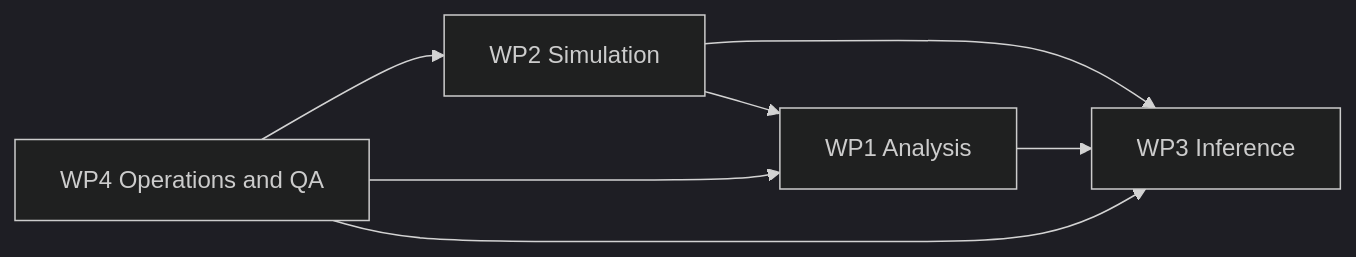
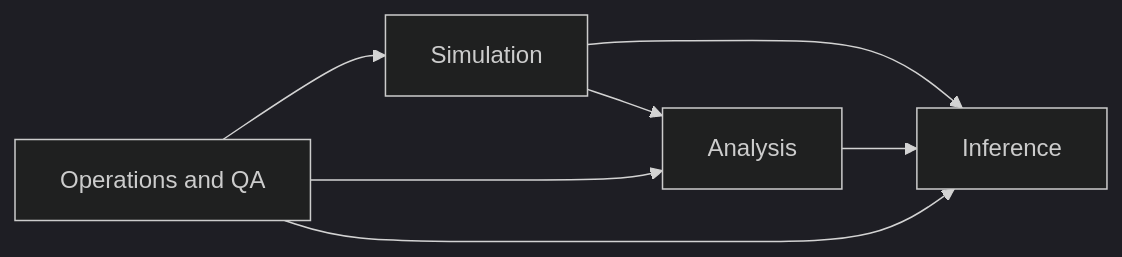
The diagram in DOCUMENTATION/docs/project/work-packages.md (csoneira/DATAFLOW_v3), drawn with Mermaid (dark theme) before and after one commit. The commit also changed other lines of this file and 55 other files, not shown here.

````diff
--- a/DOCUMENTATION/docs/project/work-packages.md
+++ b/DOCUMENTATION/docs/project/work-packages.md
@@ -51,9 +25,9 @@
 ```mermaid
 flowchart LR
-    WP2[WP2 Simulation] --> WP1[WP1 Analysis]
-    WP2 --> WP3[WP3 Inference]
+    WP2[Simulation] --> WP1[Analysis]
+    WP2 --> WP3[Inference]
     WP1 --> WP3
-    WP4[WP4 Operations and QA] --> WP1
+    WP4[Operations and QA] --> WP1
     WP4 --> WP2
     WP4 --> WP3
 ```
````
